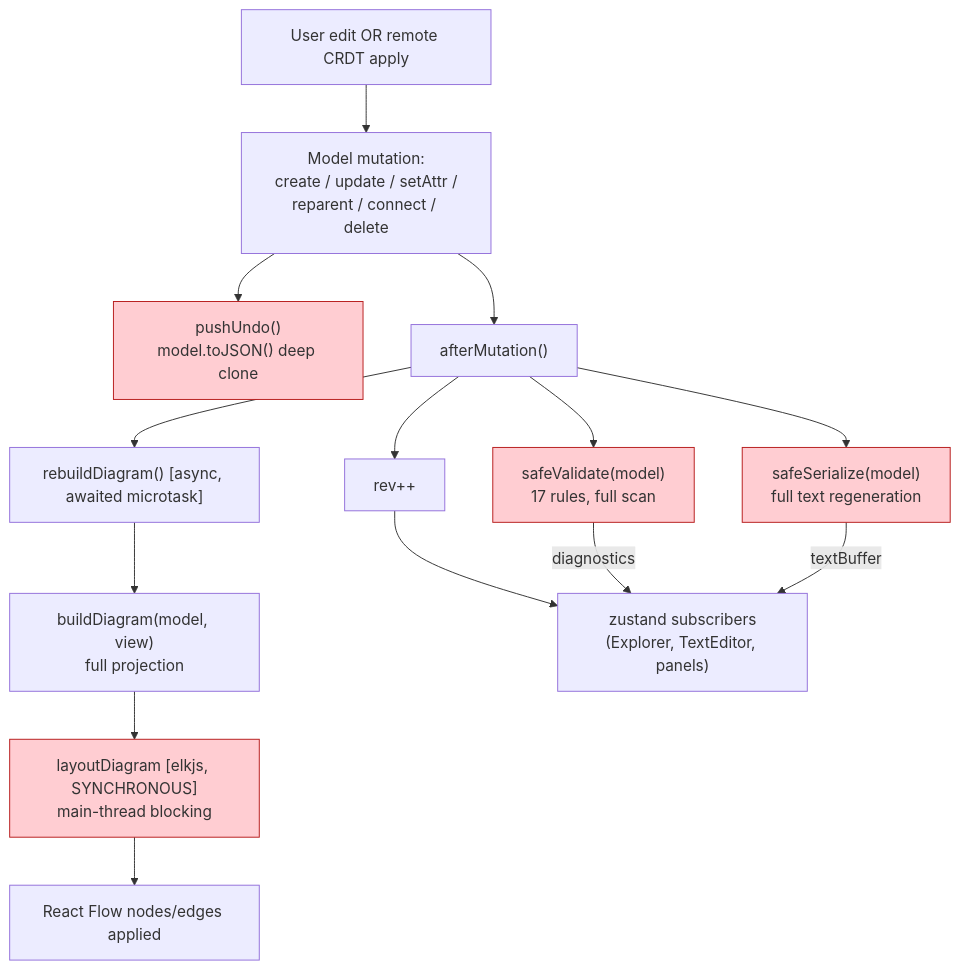
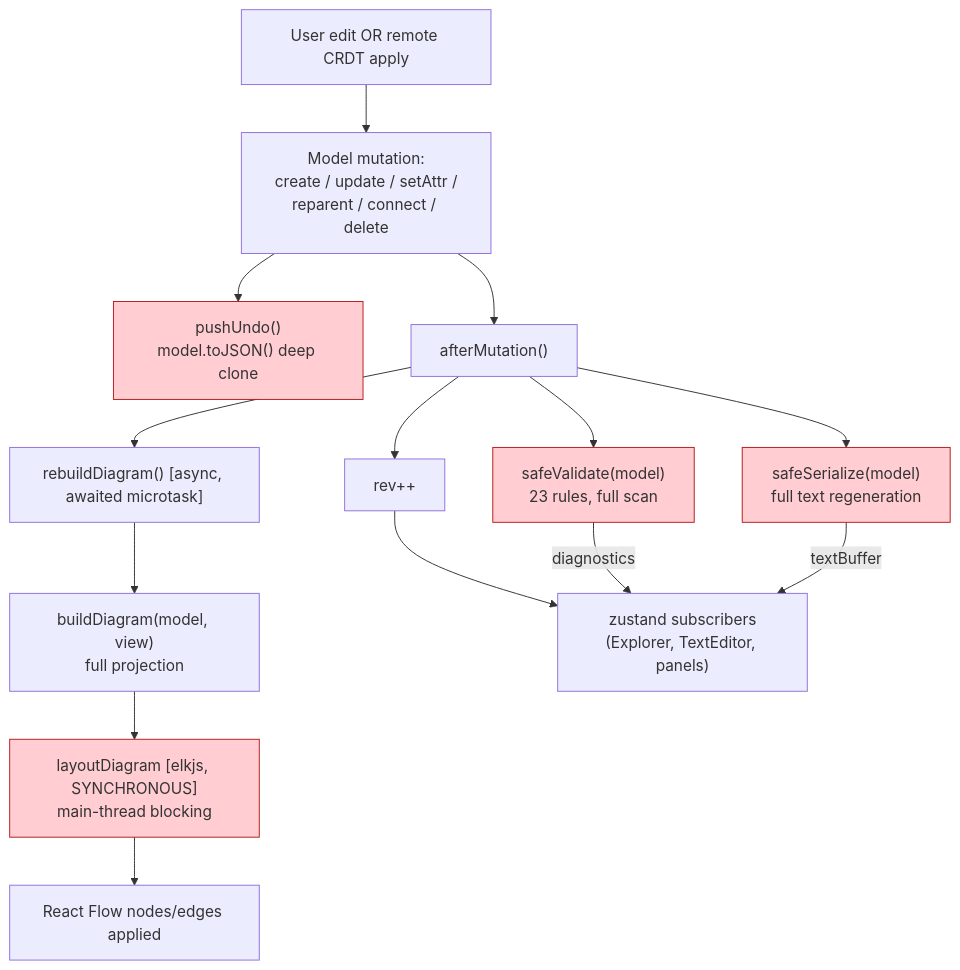
The third of 7 diagrams in docs/architecture/05-data-flow.md (cosmindxu/sysprose), drawn with Mermaid before and after one commit. The commit also changed 7 other files, not shown here.

````diff
--- a/docs/architecture/05-data-flow.md
+++ b/docs/architecture/05-data-flow.md
@@ -98,32 +98,32 @@
 ```mermaid
 flowchart TB
     trigger["User edit OR remote CRDT apply"]
     op["Model mutation:\ncreate / update / setAttr /\nreparent / connect / delete"]
     pushUndo["pushUndo()\nmodel.toJSON() deep clone"]
     afterMut["afterMutation()"]
-    validate["safeValidate(model)\n17 rules, full scan"]
+    validate["safeValidate(model)\n23 rules, full scan"]
     serialize["safeSerialize(model)\nfull text regeneration"]
     bump["rev++"]
     rebuild["rebuildDiagram() [async, awaited microtask]"]
     build["buildDiagram(model, view)\nfull projection"]
     layout["layoutDiagram [elkjs, SYNCHRONOUS]\nmain-thread blocking"]
     apply["React Flow nodes/edges applied"]
     listeners[" zustand subscribers\n(Explorer, TextEditor, panels)"]
 
     trigger --> op
     op --> pushUndo
     op --> afterMut
     afterMut --> validate
     afterMut --> serialize
     afterMut --> bump
     afterMut --> rebuild
     rebuild --> build
     build --> layout
     layout --> apply
     bump --> listeners
     validate -->|diagnostics| listeners
     serialize -->|textBuffer| listeners
 
     classDef hot fill:#ffcdd2,stroke:#b71c1c
     class validate,serialize,layout,pushUndo hot
 ```
````
